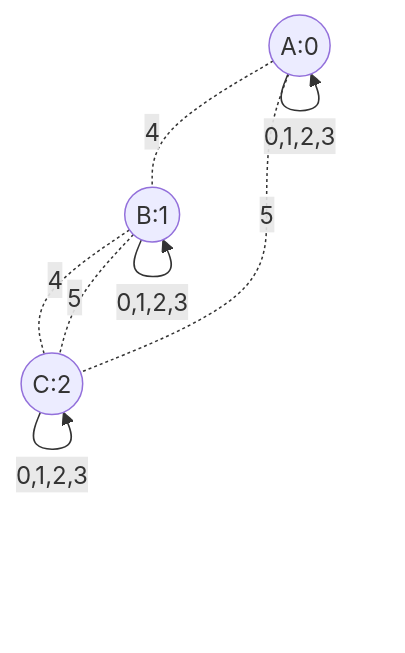
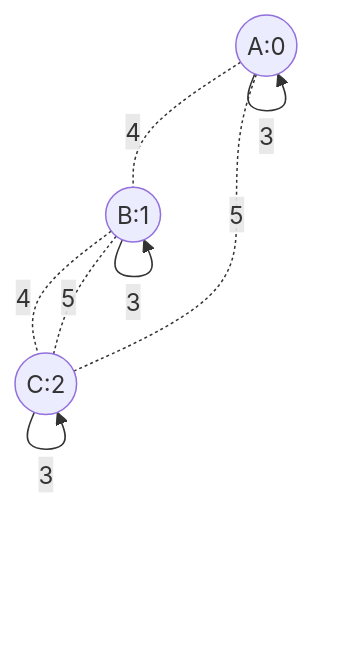
One commit to randomfunkstyle/randomfun2025swift changed the diagram in Resources/TestMaps/three_rooms_four_loops.md. Above: the diagram before and after it, drawn with Mermaid. The commit also changed 12 other files, not shown here.

````diff
--- a/Resources/TestMaps/three_rooms_four_loops.md
+++ b/Resources/TestMaps/three_rooms_four_loops.md
@@ -3,15 +3,24 @@
 ```mermaid
 graph TD
     A((A:0))
     B((B:1))
     C((C:2))
     
     A -.4.- B
     A -.5.- C
     B -.4.- C
     B -.5.- C
     
-    A --0,1,2,3--> A
-    B --0,1,2,3--> B
-    C --0,1,2,3--> C
+    A --0--> A
+    A --1--> A
+    A --2--> A
+    A --3--> A
+    B --0--> B
+    B --1--> B
+    B --2--> B
+    B --3--> B
+    C --0--> C
+    C --1--> C
+    C --2--> C
+    C --3--> C
 ```
````
